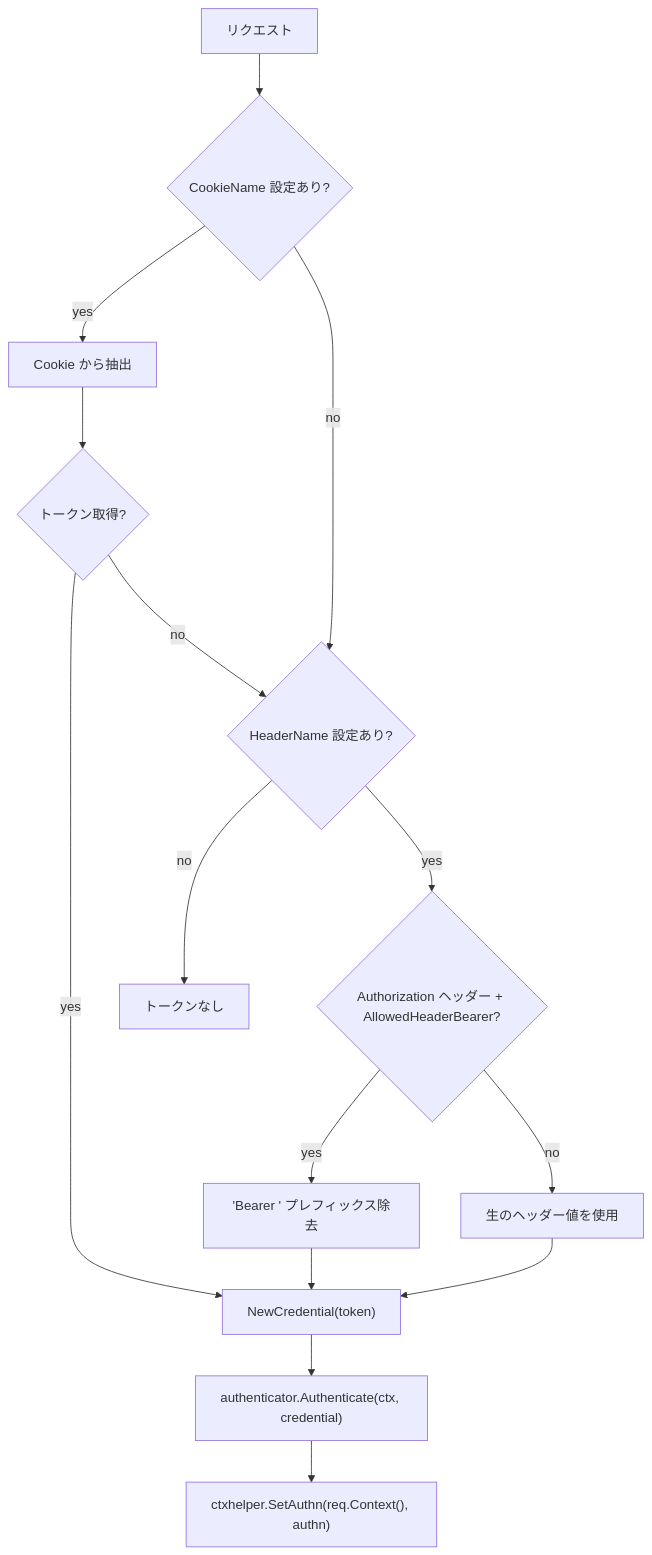
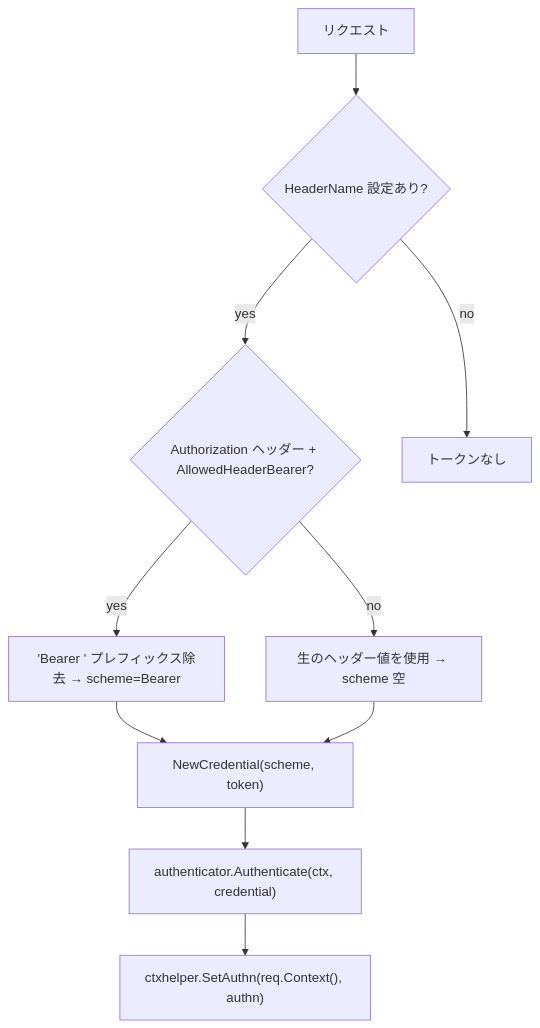
Before and after one commit to Tomy-ch/go-boilerplate: the first of 2 diagrams in internal/controller/httpstack/oapi/auth/README.ja.md, drawn with Mermaid. The commit also changed other lines of this file and 1 other file, not shown here.

````diff
--- a/internal/controller/httpstack/oapi/auth/README.ja.md
+++ b/internal/controller/httpstack/oapi/auth/README.ja.md
@@ -9,26 +9,19 @@
 ```mermaid
 flowchart TB
     Start["リクエスト"]
-    Cookie{"CookieName 設定あり?"}
-    CookieVal["Cookie から抽出"]
-    HasValue{"トークン取得?"}
     Header{"HeaderName 設定あり?"}
     IsAuth{"Authorization ヘッダー + AllowedHeaderBearer?"}
-    StripBearer["'Bearer ' プレフィックス除去"]
-    RawHeader["生のヘッダー値を使用"]
+    StripBearer["'Bearer ' プレフィックス除去 → scheme=Bearer"]
+    RawHeader["生のヘッダー値を使用 → scheme 空"]
     NoToken["トークンなし"]
-    Credential["NewCredential(token)"]
+    Credential["NewCredential(scheme, token)"]
     Authenticate["authenticator.Authenticate(ctx, credential)"]
     StoreAuthn["ctxhelper.SetAuthn(req.Context(), authn)"]
 
-    Start --> Cookie
-    Cookie -- yes --> CookieVal --> HasValue
-    HasValue -- yes --> Credential
-    HasValue -- no --> Header
-    Cookie -- no --> Header
+    Start --> Header
     Header -- yes --> IsAuth
     IsAuth -- yes --> StripBearer --> Credential
     IsAuth -- no --> RawHeader --> Credential
     Header -- no --> NoToken
     Credential --> Authenticate --> StoreAuthn
 ```
````
